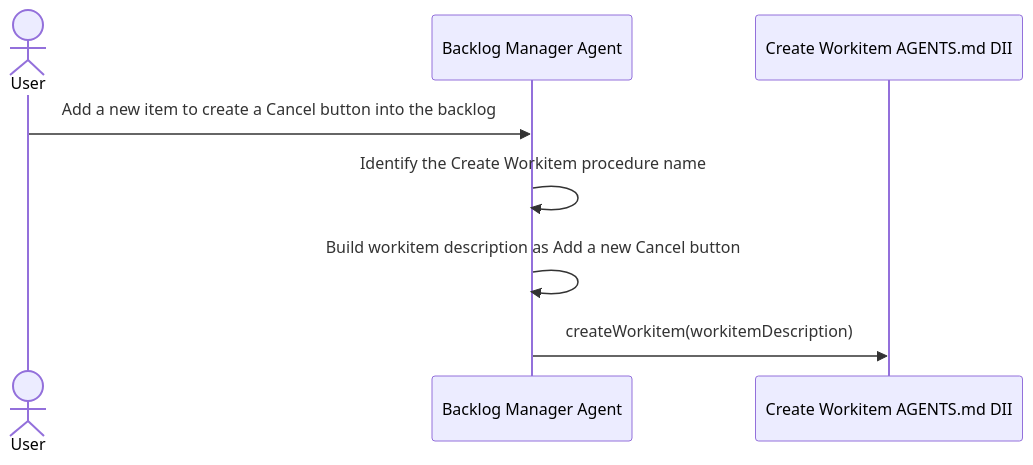
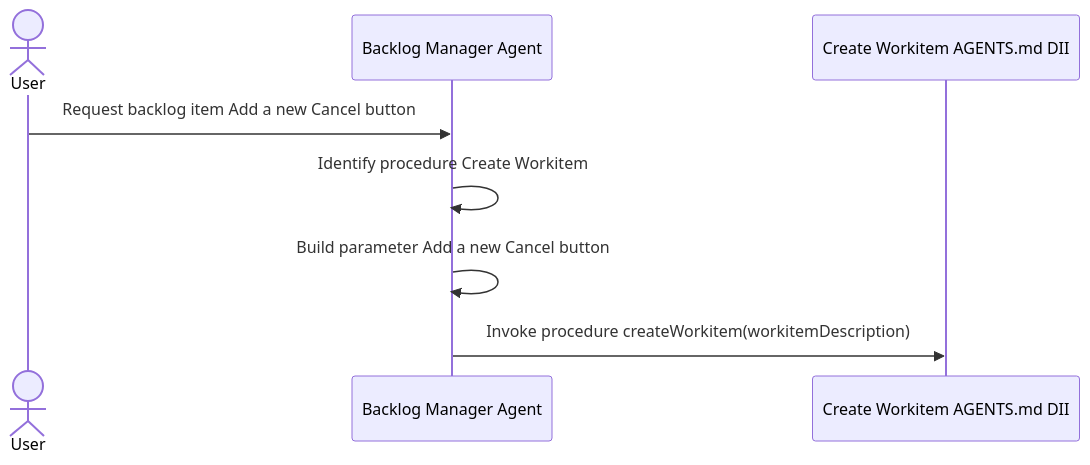
One commit to martinbechard/dev-methodology changed the sixth of 12 diagrams in design/object-oriented-agent-and-skill-model.md. Above: the diagram before and after it, drawn with Mermaid. The commit also changed other lines of this file and 2 other files, not shown here.

Commit message:
Define diagram relationship notation

````diff
--- a/design/object-oriented-agent-and-skill-model.md
+++ b/design/object-oriented-agent-and-skill-model.md
@@ -314,11 +392,11 @@
 ```mermaid
 sequenceDiagram
     actor User
     participant Agent as Backlog Manager Agent
     participant Interface as Create Workitem AGENTS.md DII
 
-    User->>Agent: Add a new item to create a Cancel button into the backlog
-    Agent->>Agent: Identify the Create Workitem procedure name
-    Agent->>Agent: Build workitem description as Add a new Cancel button
-    Agent->>Interface: createWorkitem(workitemDescription)
+    User->>Agent: Request backlog item Add a new Cancel button
+    Agent->>Agent: Identify procedure Create Workitem
+    Agent->>Agent: Build parameter Add a new Cancel button
+    Agent->>Interface: Invoke procedure createWorkitem(workitemDescription)
 ```
````
